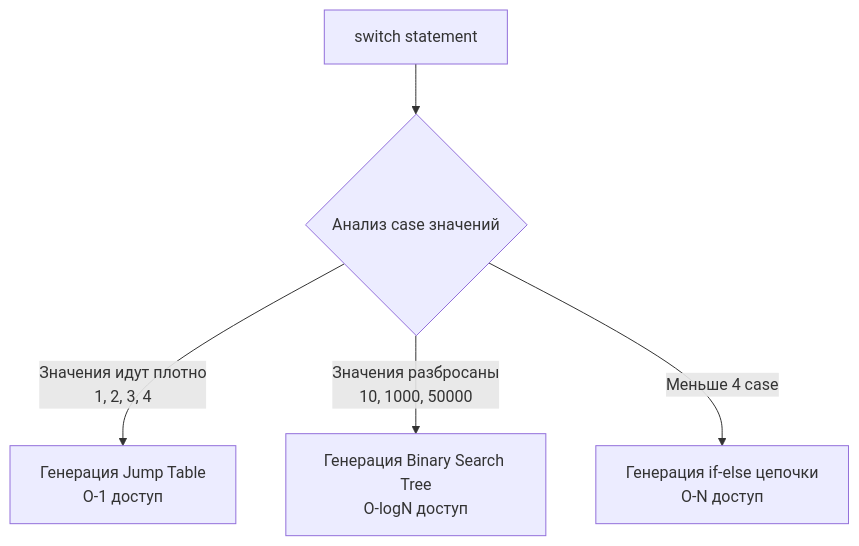
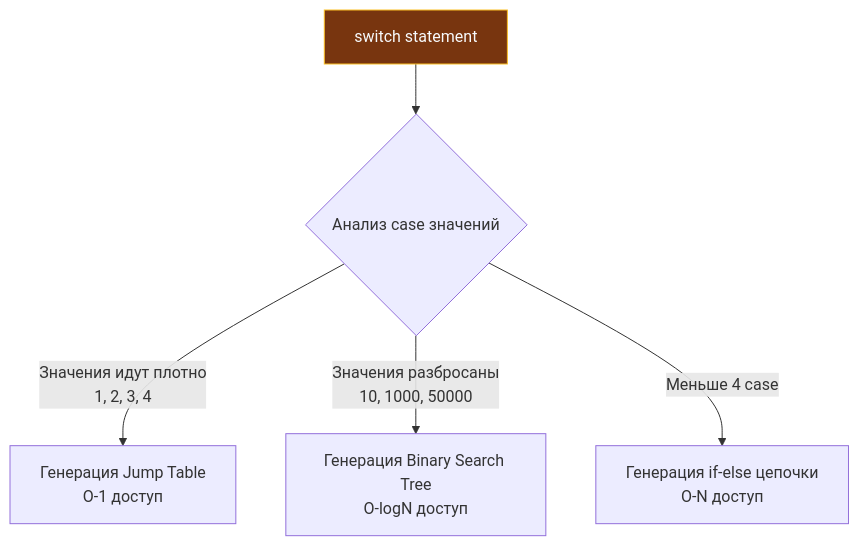
Before and after one commit to UnrealTemplier/go-textbook: the diagram in sources/5. Учебник по Go (Основы и синтаксис)/9. Управляющие конструкции. if, switch, for.md, drawn with Mermaid. The commit also changed 1666 other files, not shown here.

First line of the commit message:
feat(mermaid): add semantic color classDef to 1369 colorless flowchart/graph diagrams

````diff
--- a/sources/5. Учебник по Go (Основы и синтаксис)/9. Управляющие конструкции. if, switch, for.md
+++ b/sources/5. Учебник по Go (Основы и синтаксис)/9. Управляющие конструкции. if, switch, for.md
@@ -143,7 +143,17 @@
 ```mermaid
 flowchart TD
-    Start["switch statement"] --> Check{"Анализ case значений"}
+    classDef process  fill:#1e293b,stroke:#38bdf8,stroke-width:1px,color:#f8fafc
+    classDef success  fill:#064e3b,stroke:#34d399,stroke-width:1px,color:#f8fafc
+    classDef error    fill:#7f1d1d,stroke:#f87171,stroke-width:1px,color:#f8fafc
+    classDef warning  fill:#78350f,stroke:#fbbf24,stroke-width:1px,color:#f8fafc
+    classDef entry    fill:#1e3a5f,stroke:#38bdf8,stroke-width:2px,color:#f8fafc
+    classDef aux      fill:#334155,stroke:#64748b,stroke-width:1px,color:#f8fafc
+    classDef system   fill:#312e81,stroke:#a78bfa,stroke-width:1px,color:#f8fafc
+    classDef data     fill:#132d29,stroke:#2dd4bf,stroke-width:1px,color:#f8fafc
+    classDef network  fill:#881337,stroke:#fb7185,stroke-width:1px,color:#f8fafc
+    classDef accent   fill:#1e1b4b,stroke:#818cf8,stroke-width:1px,color:#f8fafc
+    Start["switch statement"]:::warning --> Check{"Анализ case значений"}
     Check -->|"Значения идут плотно<br>1, 2, 3, 4"| JumpTable["Генерация Jump Table<br>O-1 доступ"]
     Check -->|"Значения разбросаны<br>10, 1000, 50000"| BinaryTree["Генерация Binary Search Tree<br>O-logN доступ"]
     Check -->|"Меньше 4 case"| IfElse["Генерация if-else цепочки<br>O-N доступ"]
 ```
````
